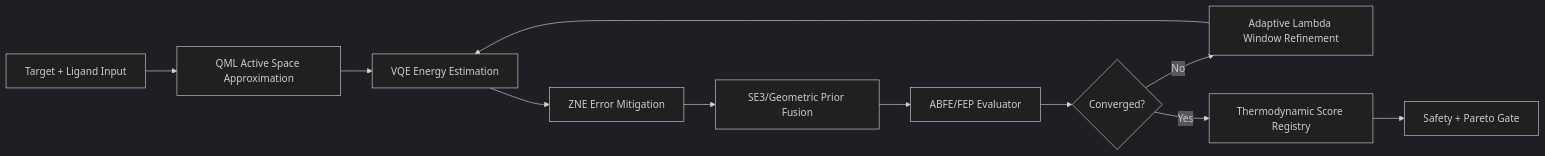
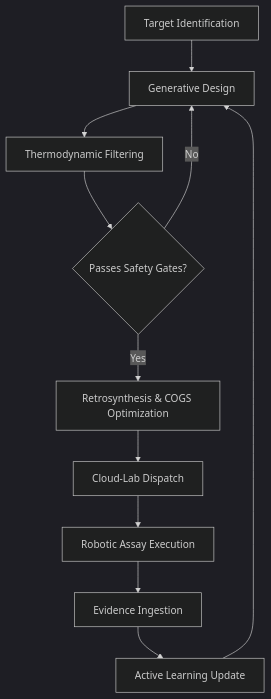
One commit to cosmic-hydra/zane changed the first of 2 diagrams in README.md. Above: the diagram before and after it, drawn with Mermaid (dark theme). The commit also changed other lines of this file, not shown here.

````diff
--- a/README.md
+++ b/README.md
@@ -301,13 +432,13 @@
 ```mermaid
-flowchart LR
-    A[Target + Ligand Input] --> B[QML Active Space Approximation]
-    B --> C[VQE Energy Estimation]
-    C --> D[ZNE Error Mitigation]
-    D --> E[SE3/Geometric Prior Fusion]
-    E --> F[ABFE/FEP Evaluator]
-    F --> G{Converged?}
-    G -- No --> H[Adaptive Lambda Window Refinement]
-    H --> C
-    G -- Yes --> I[Thermodynamic Score Registry]
-    I --> J[Safety + Pareto Gate]
+graph TD
+    A[Target Identification] --> B[Generative Design]
+    B --> C[Thermodynamic Filtering]
+    C --> D{Passes Safety Gates?}
+    D -- No --> B
+    D -- Yes --> E[Retrosynthesis & COGS Optimization]
+    E --> F[Cloud-Lab Dispatch]
+    F --> G[Robotic Assay Execution]
+    G --> H[Evidence Ingestion]
+    H --> I[Active Learning Update]
+    I --> B
 ```
````
